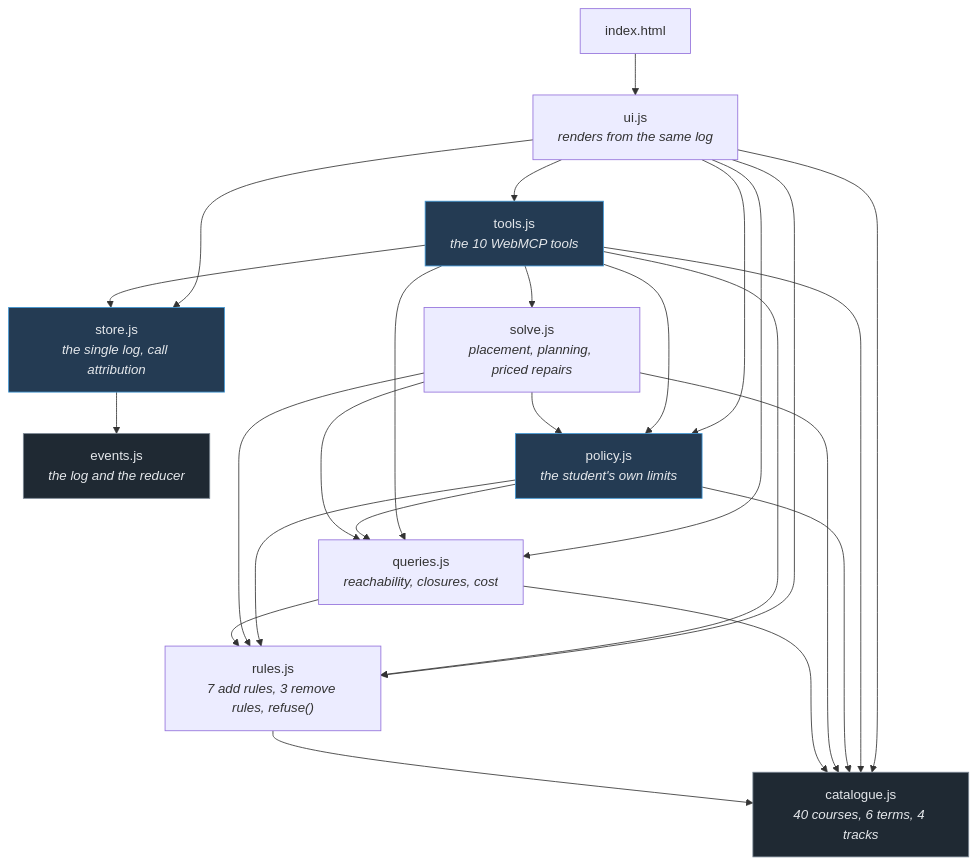
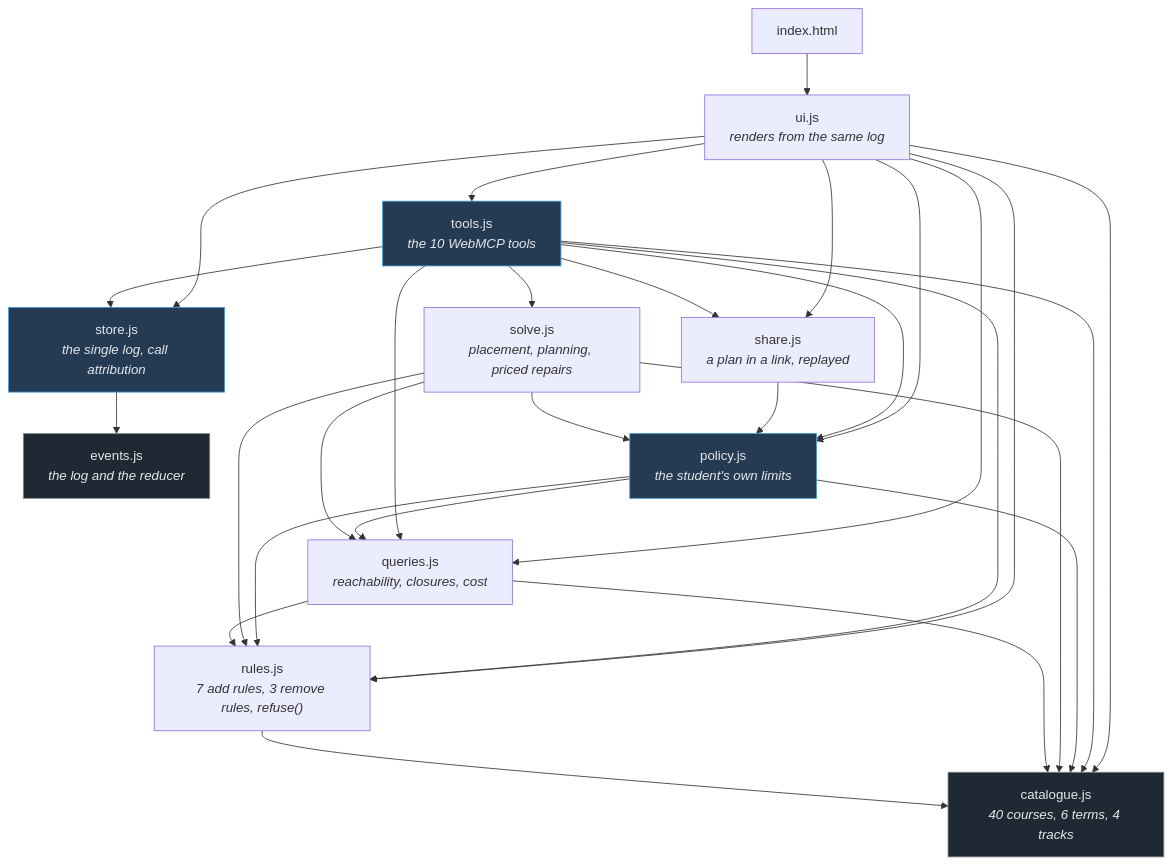
Before and after one commit to hvaler/cursus: the first of 2 diagrams in docs/ARCHITECTURE.md, drawn with Mermaid. The commit also changed other lines of this file and 12 other files, not shown here.

First line of the commit message:
share_plan: a plan in a link, replayed through the rules on the way in

````diff
--- a/docs/ARCHITECTURE.md
+++ b/docs/ARCHITECTURE.md
@@ -29,43 +29,47 @@
 ```mermaid
 graph TD
     catalogue["catalogue.js<br/><i>40 courses, 6 terms, 4 tracks</i>"]
     events["events.js<br/><i>the log and the reducer</i>"]
     rules["rules.js<br/><i>7 add rules, 3 remove rules, refuse()</i>"]
     queries["queries.js<br/><i>reachability, closures, cost</i>"]
     solve["solve.js<br/><i>placement, planning, priced repairs</i>"]
     policy["policy.js<br/><i>the student's own limits</i>"]
+    share["share.js<br/><i>a plan in a link, replayed</i>"]
     store["store.js<br/><i>the single log, call attribution</i>"]
     tools["tools.js<br/><i>the 10 WebMCP tools</i>"]
     ui["ui.js<br/><i>renders from the same log</i>"]
     page["index.html"]
 
     rules --> catalogue
     queries --> catalogue
     queries --> rules
     solve --> catalogue
     solve --> rules
     solve --> queries
     policy --> catalogue
     policy --> rules
     policy --> queries
     solve --> policy
+    share --> policy
+    tools --> share
+    ui --> share
     store --> events
     tools --> policy
     tools --> catalogue
     tools --> rules
     tools --> queries
     tools --> solve
     tools --> store
     ui --> catalogue
     ui --> rules
     ui --> queries
     ui --> store
     ui --> policy
     ui --> tools
     page --> ui
 
     classDef leaf fill:#1f2933,stroke:#7b8794,color:#e4e7eb
     classDef core fill:#243b53,stroke:#4098d7,color:#e4e7eb
     class catalogue,events leaf
     class store,tools,policy core
 ```
````
